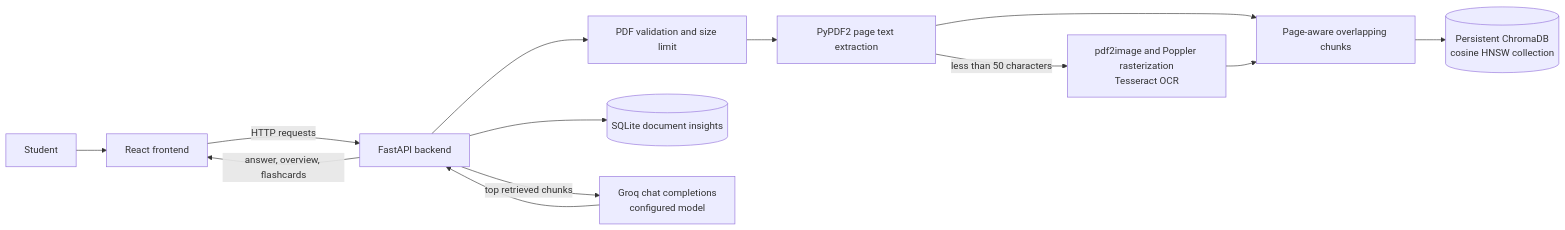
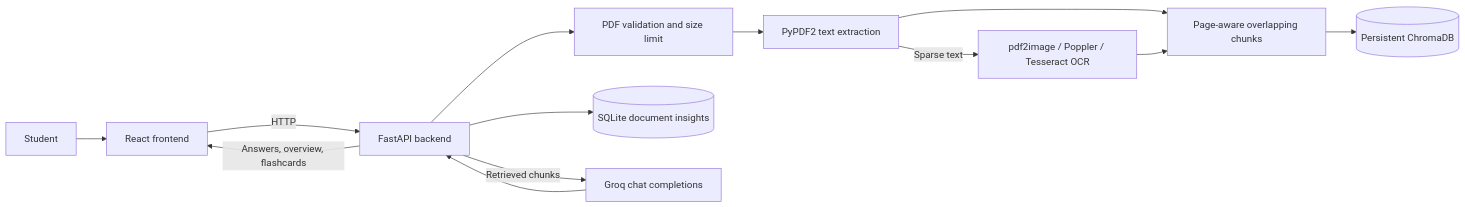
One commit to Sidharth-007-code/NoteWise changed the diagram in README.md. Above: the diagram before and after it, drawn with Mermaid. The commit also changed other lines of this file and 4 other files, not shown here.

````diff
--- a/README.md
+++ b/README.md
@@ -18,15 +66,15 @@
-```mermaid
+``` mermaid
 flowchart LR
   U[Student] --> FE[React frontend]
-  FE -->|HTTP requests| API[FastAPI backend]
+  FE -->|HTTP| API[FastAPI backend]
   API --> VAL[PDF validation and size limit]
-  VAL --> EXT[PyPDF2 page text extraction]
-  EXT -->|less than 50 characters| OCR[pdf2image and Poppler rasterization<br/>Tesseract OCR]
+  VAL --> EXT[PyPDF2 text extraction]
+  EXT -->|Sparse text| OCR[pdf2image / Poppler / Tesseract OCR]
   EXT --> CH[Page-aware overlapping chunks]
   OCR --> CH
-  CH --> VDB[(Persistent ChromaDB<br/>cosine HNSW collection)]
+  CH --> VDB[(Persistent ChromaDB)]
   API --> SQL[(SQLite document insights)]
-  API -->|top retrieved chunks| GROQ[Groq chat completions<br/>configured model]
+  API -->|Retrieved chunks| GROQ[Groq chat completions]
   GROQ --> API
-  API -->|answer, overview, flashcards| FE
+  API -->|Answers, overview, flashcards| FE
 ```
````
